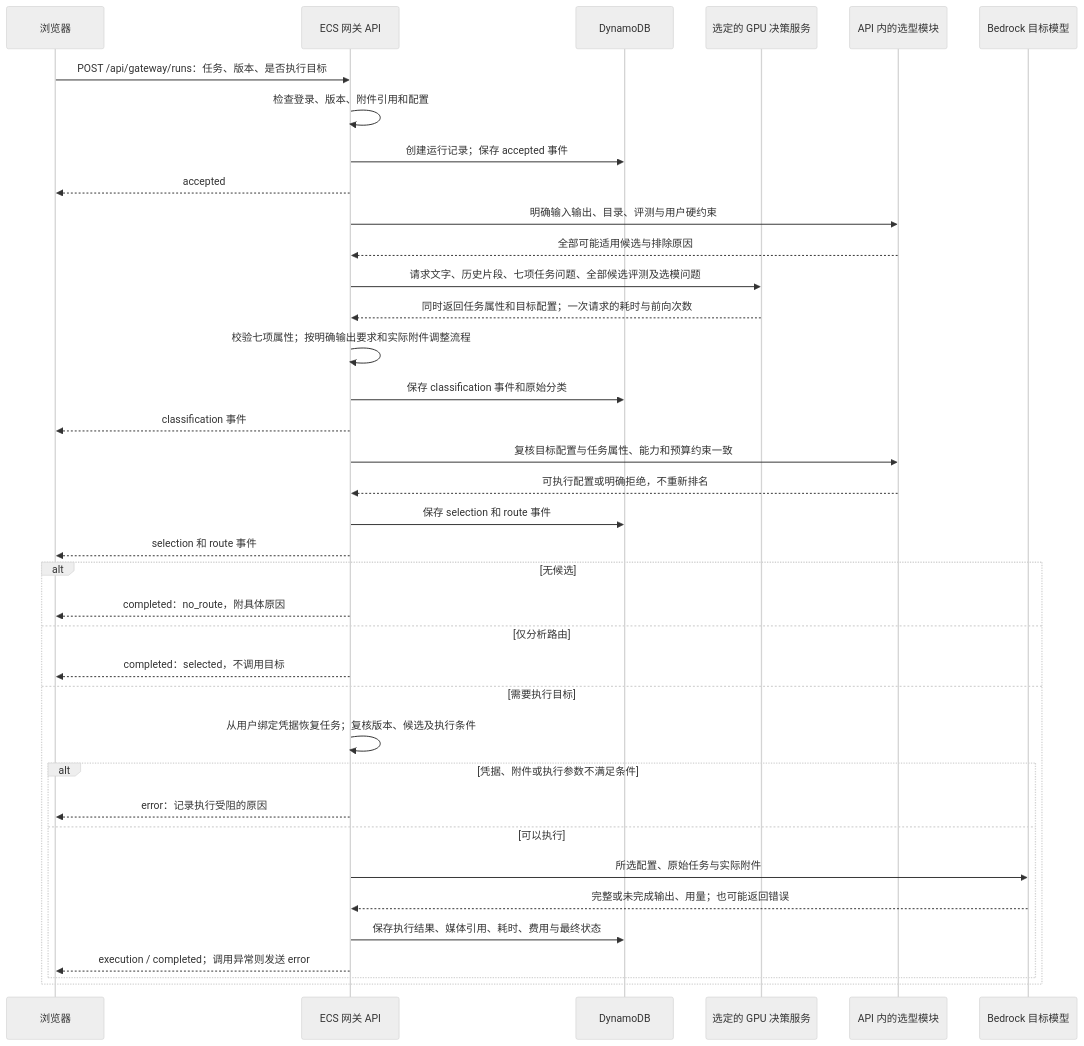
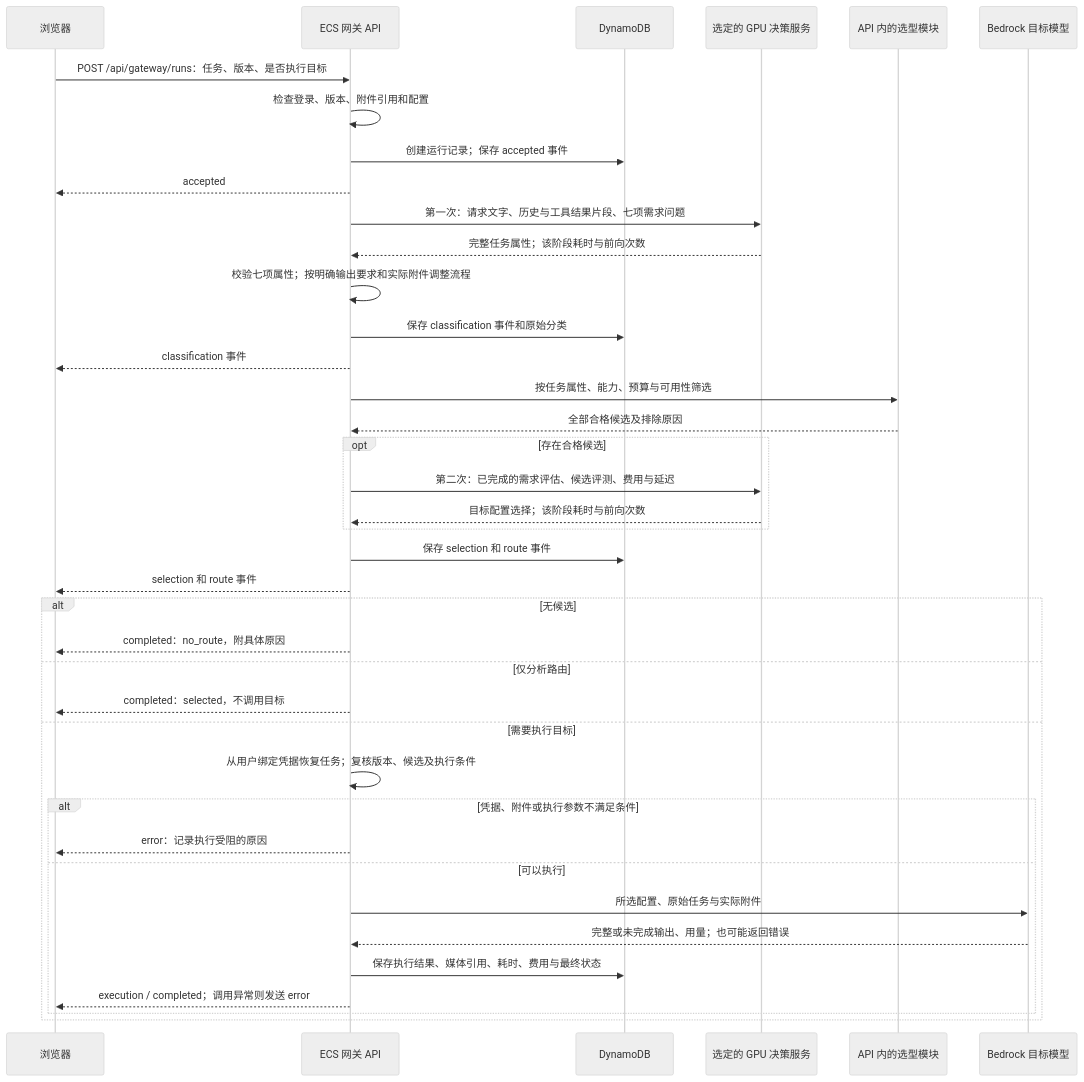
The second of 2 diagrams in docs/INDEPENDENT_SERVICE.zh.md (milan9527/DeciderModelRouter), drawn with Mermaid (neutral theme) before and after one commit. The commit also changed other lines of this file and 113 other files, not shown here.

````diff
--- a/docs/INDEPENDENT_SERVICE.zh.md
+++ b/docs/INDEPENDENT_SERVICE.zh.md
@@ -62,39 +62,41 @@
 ```mermaid
 sequenceDiagram
     participant UI as 浏览器
     participant API as ECS 网关 API
     participant DB as DynamoDB
     participant GPU as 选定的 GPU 决策服务
     participant SEL as API 内的选型模块
     participant BR as Bedrock 目标模型
     UI->>API: POST /api/gateway/runs：任务、版本、是否执行目标
     API->>API: 检查登录、版本、附件引用和配置
     API->>DB: 创建运行记录；保存 accepted 事件
     API-->>UI: accepted
-    API->>SEL: 明确输入输出、目录、评测与用户硬约束
-    SEL-->>API: 全部可能适用候选与排除原因
-    API->>GPU: 请求文字、历史片段、七项任务问题、全部候选评测及选模问题
-    GPU-->>API: 同时返回任务属性和目标配置；一次请求的耗时与前向次数
+    API->>GPU: 第一次：请求文字、历史与工具结果片段、七项需求问题
+    GPU-->>API: 完整任务属性；该阶段耗时与前向次数
     API->>API: 校验七项属性；按明确输出要求和实际附件调整流程
     API->>DB: 保存 classification 事件和原始分类
     API-->>UI: classification 事件
-    API->>SEL: 复核目标配置与任务属性、能力和预算约束一致
-    SEL-->>API: 可执行配置或明确拒绝，不重新排名
+    API->>SEL: 按任务属性、能力、预算与可用性筛选
+    SEL-->>API: 全部合格候选及排除原因
+    opt 存在合格候选
+        API->>GPU: 第二次：已完成的需求评估、候选评测、费用与延迟
+        GPU-->>API: 目标配置选择；该阶段耗时与前向次数
+    end
     API->>DB: 保存 selection 和 route 事件
     API-->>UI: selection 和 route 事件
     alt 无候选
         API-->>UI: completed：no_route，附具体原因
     else 仅分析路由
         API-->>UI: completed：selected，不调用目标
     else 需要执行目标
         API->>API: 从用户绑定凭据恢复任务；复核版本、候选及执行条件
         alt 凭据、附件或执行参数不满足条件
             API-->>UI: error：记录执行受阻的原因
         else 可以执行
             API->>BR: 所选配置、原始任务与实际附件
             BR-->>API: 完整或未完成输出、用量；也可能返回错误
             API->>DB: 保存执行结果、媒体引用、耗时、费用与最终状态
             API-->>UI: execution / completed；调用异常则发送 error
         end
     end
 ```
````
